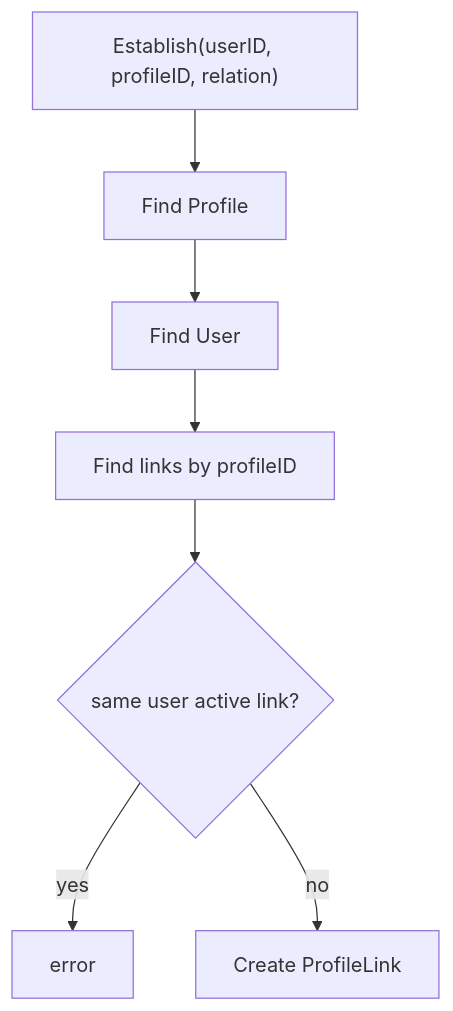
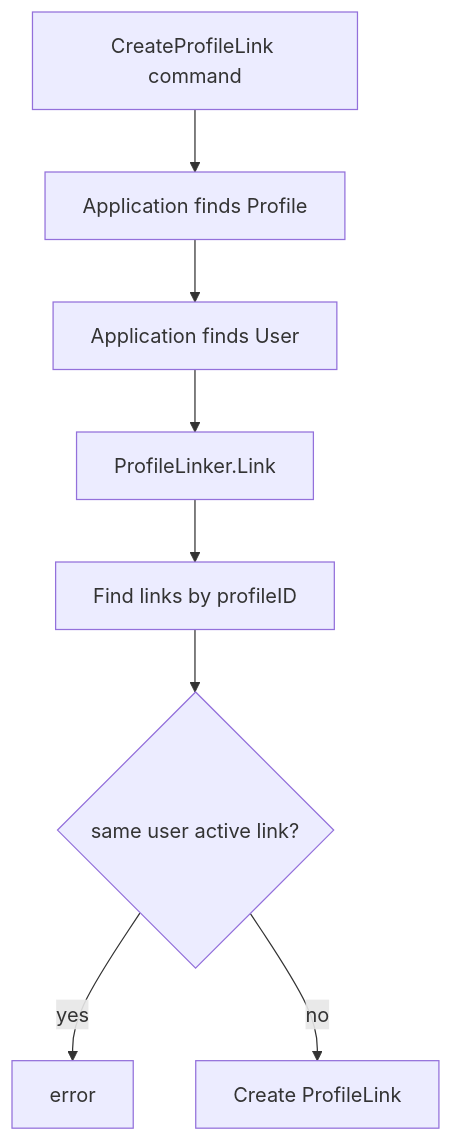
One commit to FangcunMount/iam changed the second of 3 diagrams in docs/07-专题分析/07-为什么ProfileLink不能只是User字段.md. Above: the diagram before and after it, drawn with Mermaid. The commit also changed other lines of this file and 35 other files, not shown here.

Commit message:
feat  的 identity 模块业务规则更新： - User 不一定天然拥有 self Profile。 - User 可以通过 C 端功能主动创建 Profile。 - 创建时由业务语义决定这条 ProfileLink 是 self 还是 relation。

````diff
--- a/docs/07-专题分析/07-为什么ProfileLink不能只是User字段.md
+++ b/docs/07-专题分析/07-为什么ProfileLink不能只是User字段.md
@@ -468,14 +468,15 @@
 ```mermaid
 flowchart TD
-    Establish["Establish(userID, profileID, relation)"]
-    Profile["Find Profile"]
-    User["Find User"]
+    Establish["CreateProfileLink command"]
+    Profile["Application finds Profile"]
+    User["Application finds User"]
     Existing["Find links by profileID"]
+    Linker["ProfileLinker.Link"]
     Dup{"same user active link?"}
     Create["Create ProfileLink"]
     Error["error"]
 
-    Establish --> Profile --> User --> Existing --> Dup
+    Establish --> Profile --> User --> Linker --> Existing --> Dup
     Dup -->|"yes"| Error
     Dup -->|"no"| Create
 ```
````
